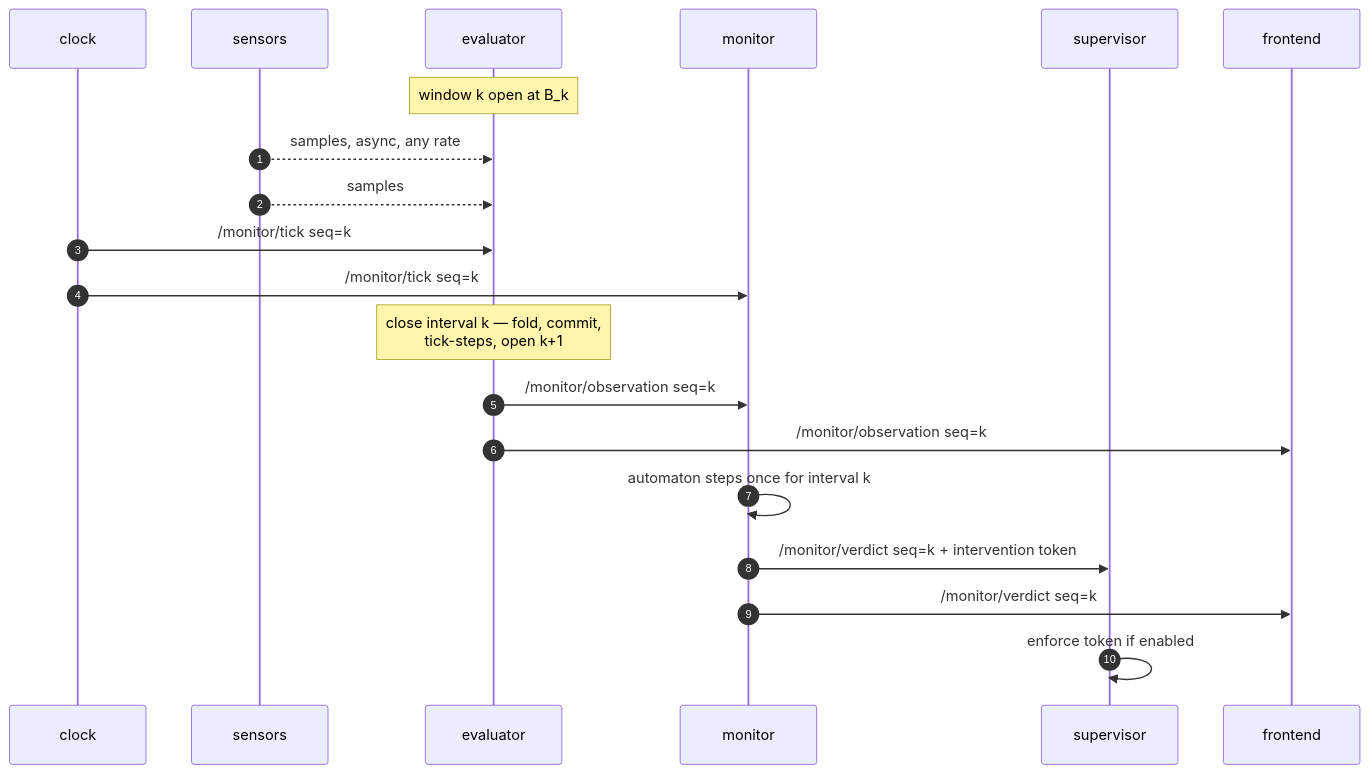
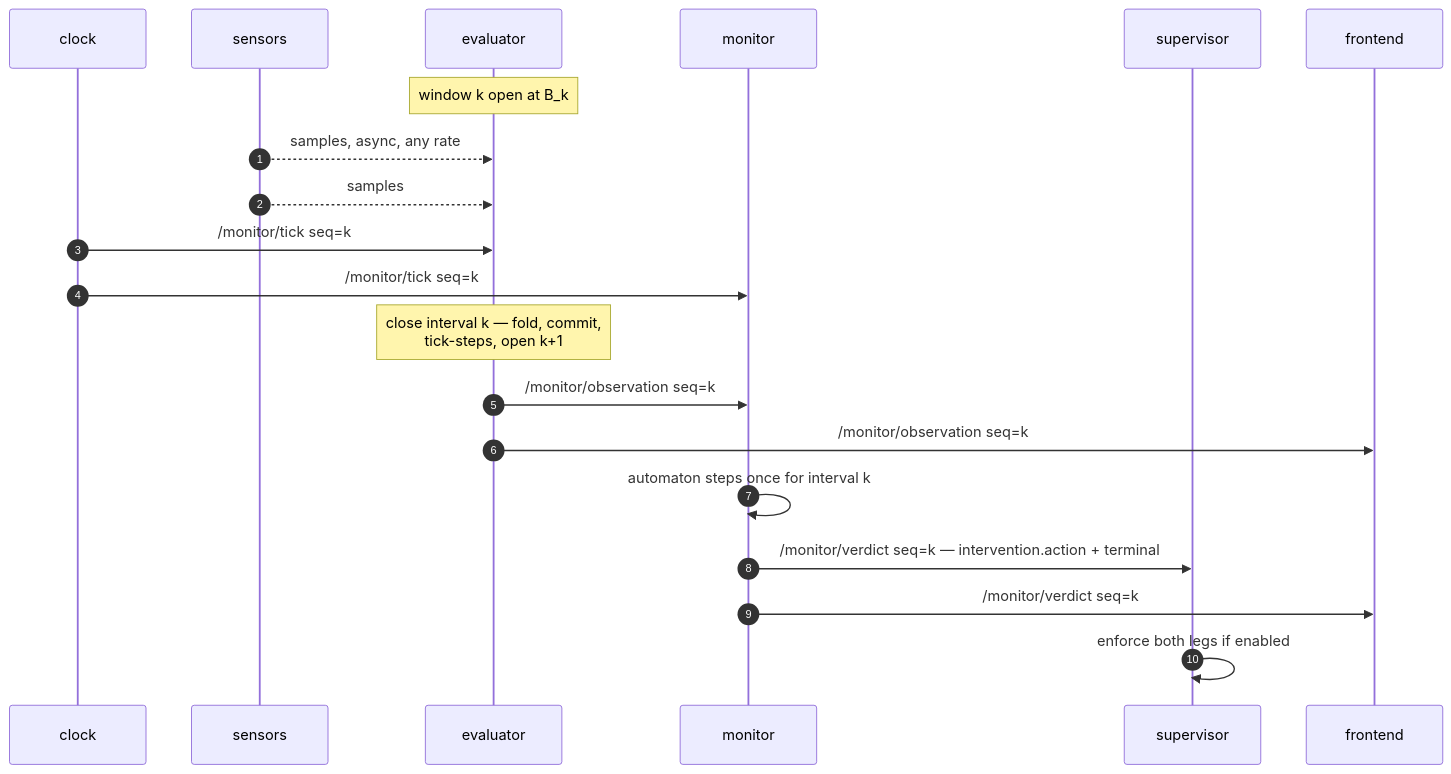
The diagram in docs/api.md (pinhas019/LtlMonitor), drawn with Mermaid before and after one commit. The commit also changed other lines of this file and 1 other file, not shown here.

First line of the commit message:
docs: re-verify every claim in the terminal brief against dev

````diff
--- a/docs/api.md
+++ b/docs/api.md
@@ -38,23 +38,23 @@
 ```mermaid
 sequenceDiagram
   autonumber
   participant C as clock
   participant S as sensors
   participant E as evaluator
   participant M as monitor
   participant P as supervisor
   participant F as frontend
 
   Note over E: window k open at B_k
   S-->>E: samples, async, any rate
   S-->>E: samples
   C->>E: /monitor/tick seq=k
   C->>M: /monitor/tick seq=k
   Note over E: close interval k — fold, commit,<br/>tick-steps, open k+1
   E->>M: /monitor/observation seq=k
   E->>F: /monitor/observation seq=k
   M->>M: automaton steps once for interval k
-  M->>P: /monitor/verdict seq=k + intervention token
+  M->>P: /monitor/verdict seq=k — intervention.action + terminal
   M->>F: /monitor/verdict seq=k
-  P->>P: enforce token if enabled
+  P->>P: enforce both legs if enabled
 ```
````
